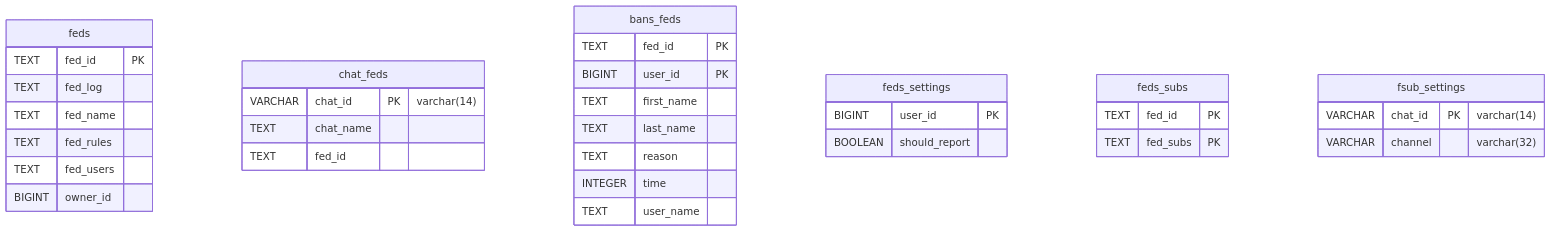
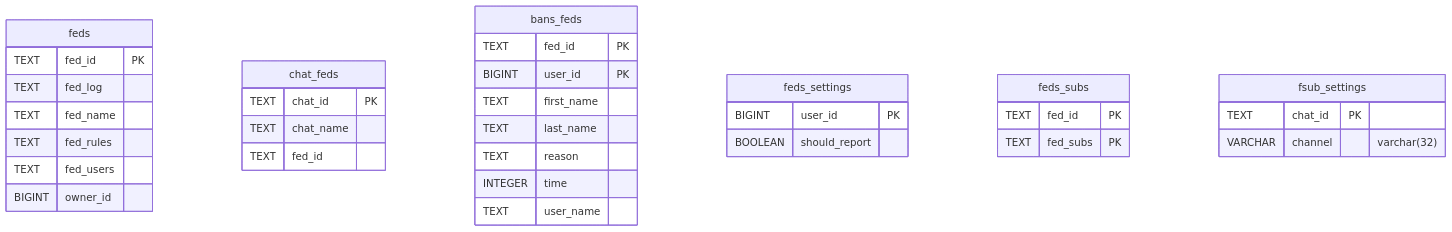
Before and after one commit to bisug/YaeMiko-V2: the fifth of 9 diagrams in docs/DATABASE.md, drawn with Mermaid. The commit also changed other lines of this file and 14 other files, not shown here.

````diff
--- a/docs/DATABASE.md
+++ b/docs/DATABASE.md
@@ -369,37 +365,37 @@
 ```mermaid
 erDiagram
     feds {
         TEXT fed_id PK
         TEXT fed_log
         TEXT fed_name
         TEXT fed_rules
         TEXT fed_users
         BIGINT owner_id
     }
     chat_feds {
-        VARCHAR chat_id PK "varchar(14)"
+        TEXT chat_id PK
         TEXT chat_name
         TEXT fed_id
     }
     bans_feds {
         TEXT fed_id PK
         BIGINT user_id PK
         TEXT first_name
         TEXT last_name
         TEXT reason
         INTEGER time
         TEXT user_name
     }
     feds_settings {
         BIGINT user_id PK
         BOOLEAN should_report
     }
     feds_subs {
         TEXT fed_id PK
         TEXT fed_subs PK
     }
     fsub_settings {
-        VARCHAR chat_id PK "varchar(14)"
+        TEXT chat_id PK
         VARCHAR channel "varchar(32)"
     }
 ```
````
